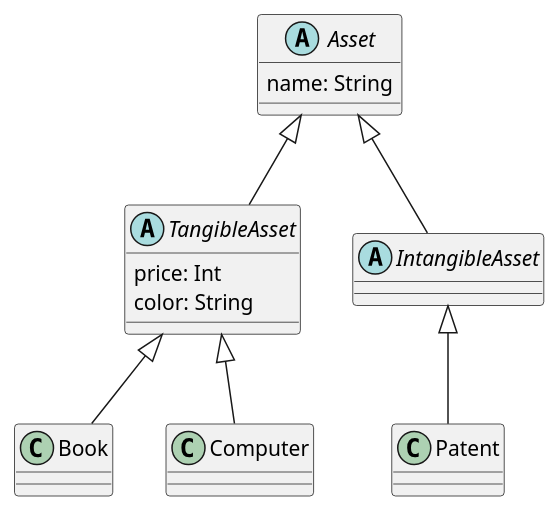
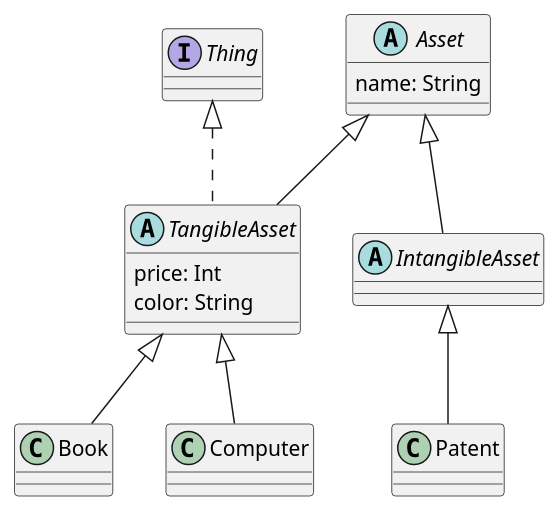
One commit to SurvivalCodingCampus/gangnam2_kotlin_study changed the diagram in src/main/kotlin/com/ezlevup/my/exercise2/asset.puml. Above: the diagram before and after it, drawn with PlantUML. The commit also changed 7 other files, not shown here.

```diff
--- a/src/main/kotlin/com/ezlevup/my/exercise2/asset.puml
+++ b/src/main/kotlin/com/ezlevup/my/exercise2/asset.puml
@@ -1,21 +1,25 @@
 @startuml
 'https://plantuml.com/class-diagram
+
+interface Thing
 
 abstract class Asset {
     name: String
 }
 
-abstract class TangibleAsset extends Asset {
+abstract class TangibleAsset extends Asset implements Thing {
     price: Int
     color: String
 }
 
 abstract class IntangibleAsset extends Asset
 
 class Book extends TangibleAsset
 
 class Computer extends TangibleAsset
 
 class Patent extends IntangibleAsset
 
+
+
 @enduml
```
